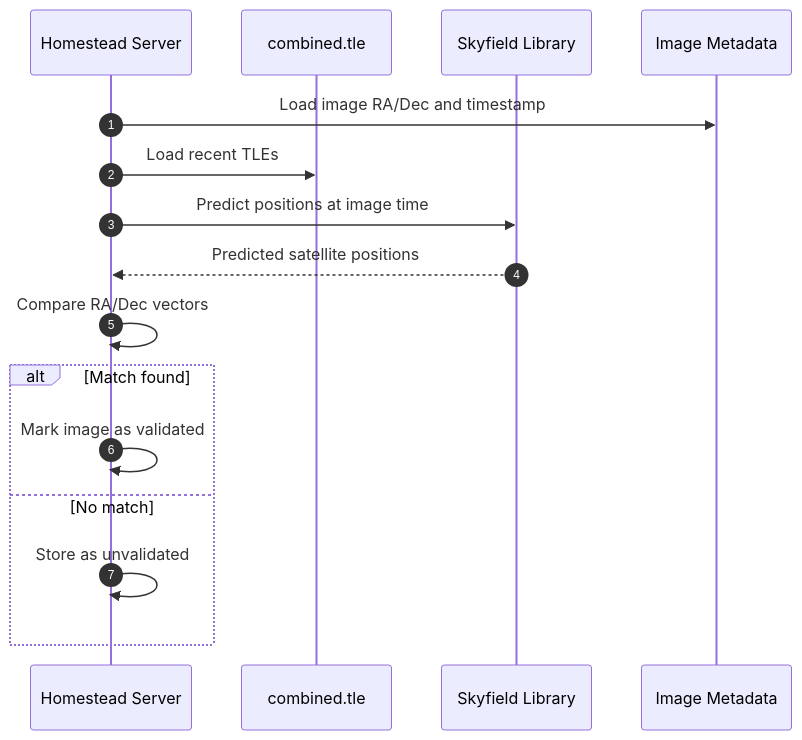
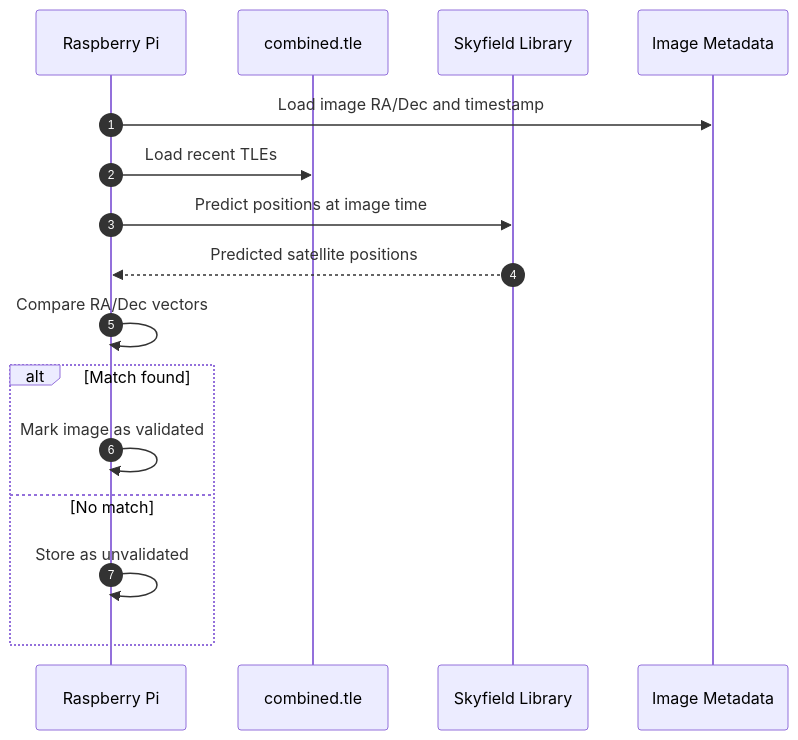
One commit to Dave-21/UPHDAS changed the sixth of 6 diagrams in docs/UPHDAS_Sequence_Diagrams.md. Above: the diagram before and after it, drawn with Mermaid. The commit also changed other lines of this file, not shown here.

````diff
--- a/docs/UPHDAS_Sequence_Diagrams.md
+++ b/docs/UPHDAS_Sequence_Diagrams.md
@@ -102,19 +103,19 @@
 ```mermaid
 sequenceDiagram
     autonumber
-    participant Server as Homestead Server
+    participant Pi as Raspberry Pi
     participant Catalog as combined.tle
     participant Skyfield as Skyfield Library
     participant Metadata as Image Metadata
 
-    Server->>Metadata: Load image RA/Dec and timestamp
-    Server->>Catalog: Load recent TLEs
-    Server->>Skyfield: Predict positions at image time
-    Skyfield-->>Server: Predicted satellite positions
-    Server->>Server: Compare RA/Dec vectors
+    Pi->>Metadata: Load image RA/Dec and timestamp
+    Pi->>Catalog: Load recent TLEs
+    Pi->>Skyfield: Predict positions at image time
+    Skyfield-->>Pi: Predicted satellite positions
+    Pi->>Pi: Compare RA/Dec vectors
     alt Match found
-        Server->>Server: Mark image as validated
+        Pi->>Pi: Mark image as validated
     else No match
-        Server->>Server: Store as unvalidated
+        Pi->>Pi: Store as unvalidated
     end
 ```
````
